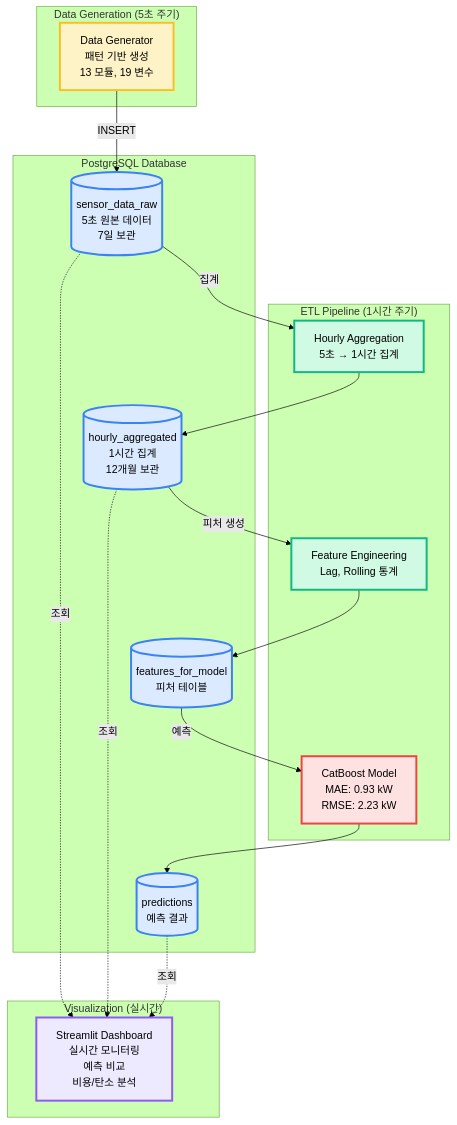
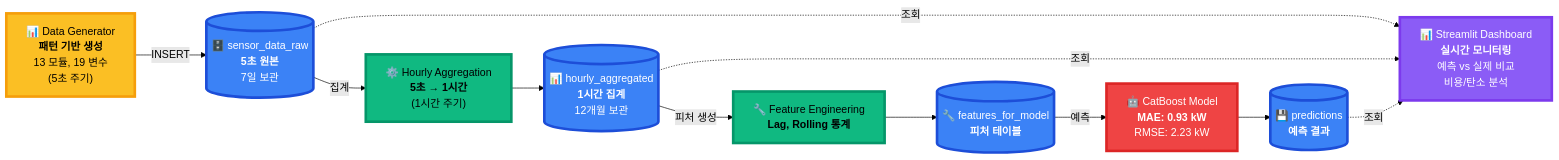
Before and after one commit to ParkJH0313/smart-factory-power: the second of 8 diagrams in README.md, drawn with Mermaid (forest theme). The commit also changed other lines of this file, not shown here.

````diff
--- a/README.md
+++ b/README.md
@@ -7,44 +29,36 @@
 ```mermaid
-graph TB
-    subgraph "Data Generation (5초 주기)"
-        A[Data Generator<br/>패턴 기반 생성<br/>13 모듈, 19 변수]
-    end
+graph LR
+    A["📊 Data Generator<br/><b>패턴 기반 생성</b><br/>13 모듈, 19 변수<br/>(5초 주기)"]
     
-    subgraph "PostgreSQL Database"
-        B1[(sensor_data_raw<br/>5초 원본 데이터<br/>7일 보관)]
-        B2[(hourly_aggregated<br/>1시간 집계<br/>12개월 보관)]
-        B3[(features_for_model<br/>피처 테이블)]
-        B4[(predictions<br/>예측 결과)]
-    end
+    B1[("🗄️ sensor_data_raw<br/><b>5초 원본</b><br/>7일 보관")]
+    B2[("📊 hourly_aggregated<br/><b>1시간 집계</b><br/>12개월 보관")]
+    B3[("🔧 features_for_model<br/><b>피처 테이블</b>")]
+    B4[("💾 predictions<br/><b>예측 결과</b>")]
     
-    subgraph "ETL Pipeline (1시간 주기)"
-        C1[Hourly Aggregation<br/>5초 → 1시간 집계]
-        C2[Feature Engineering<br/>Lag, Rolling 통계]
-        C3[CatBoost Model<br/>MAE: 0.93 kW<br/>RMSE: 2.23 kW]
-    end
+    C1["⚙️ Hourly Aggregation<br/><b>5초 → 1시간</b><br/>(1시간 주기)"]
+    C2["🔧 Feature Engineering<br/><b>Lag, Rolling 통계</b>"]
+    C3["🤖 CatBoost Model<br/><b>MAE: 0.93 kW</b><br/>RMSE: 2.23 kW"]
     
-    subgraph "Visualization (실시간)"
-        D[Streamlit Dashboard<br/>실시간 모니터링<br/>예측 비교<br/>비용/탄소 분석]
-    end
+    D["📊 Streamlit Dashboard<br/><b>실시간 모니터링</b><br/>예측 vs 실제 비교<br/>비용/탄소 분석"]
     
-    A -->|INSERT| B1
-    B1 -->|집계| C1
+    A -->|"INSERT"| B1
+    B1 -->|"집계"| C1
     C1 --> B2
-    B2 -->|피처 생성| C2
+    B2 -->|"피처 생성"| C2
     C2 --> B3
-    B3 -->|예측| C3
+    B3 -->|"예측"| C3
     C3 --> B4
-    B1 -.->|조회| D
-    B2 -.->|조회| D
-    B4 -.->|조회| D
+    B1 -.->|"조회"| D
+    B2 -.->|"조회"| D
+    B4 -.->|"조회"| D
     
-    style A fill:#fef3c7,stroke:#fbbf24,stroke-width:3px
-    style B1 fill:#dbeafe,stroke:#3b82f6,stroke-width:3px
-    style B2 fill:#dbeafe,stroke:#3b82f6,stroke-width:3px
-    style B3 fill:#dbeafe,stroke:#3b82f6,stroke-width:3px
-    style B4 fill:#dbeafe,stroke:#3b82f6,stroke-width:3px
-    style C1 fill:#d1fae5,stroke:#10b981,stroke-width:3px
-    style C2 fill:#d1fae5,stroke:#10b981,stroke-width:3px
-    style C3 fill:#fee2e2,stroke:#ef4444,stroke-width:3px
-    style D fill:#ede9fe,stroke:#8b5cf6,stroke-width:3px
+    style A fill:#fbbf24,stroke:#f59e0b,stroke-width:4px,color:#000
+    style B1 fill:#3b82f6,stroke:#1d4ed8,stroke-width:4px,color:#fff
+    style B2 fill:#3b82f6,stroke:#1d4ed8,stroke-width:4px,color:#fff
+    style B3 fill:#3b82f6,stroke:#1d4ed8,stroke-width:4px,color:#fff
+    style B4 fill:#3b82f6,stroke:#1d4ed8,stroke-width:4px,color:#fff
+    style C1 fill:#10b981,stroke:#059669,stroke-width:4px,color:#000
+    style C2 fill:#10b981,stroke:#059669,stroke-width:4px,color:#000
+    style C3 fill:#ef4444,stroke:#dc2626,stroke-width:4px,color:#fff
+    style D fill:#8b5cf6,stroke:#7c3aed,stroke-width:4px,color:#fff
 ```
````
